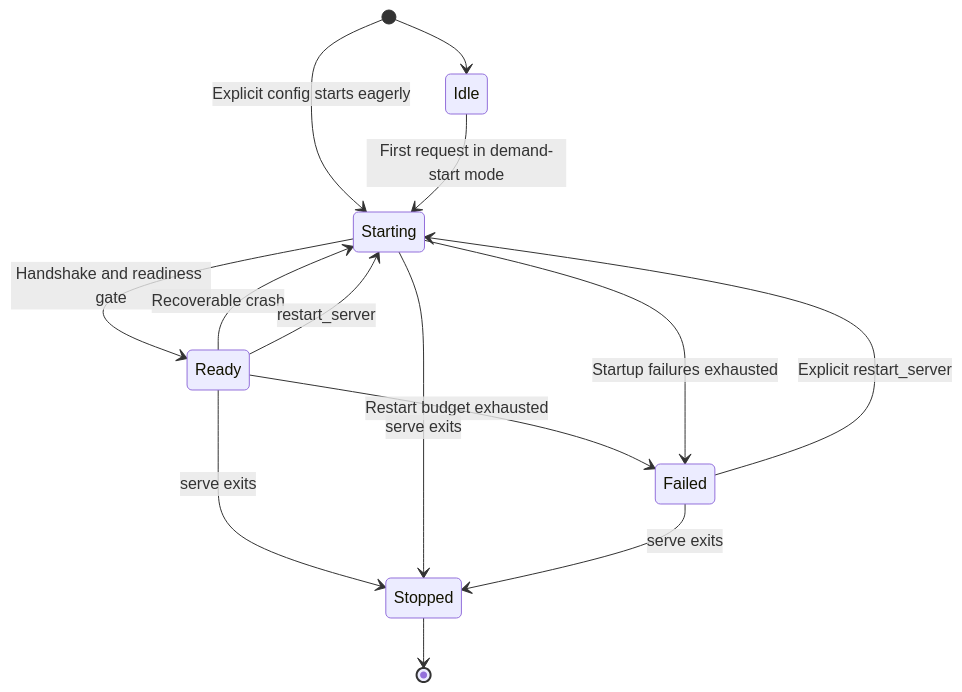
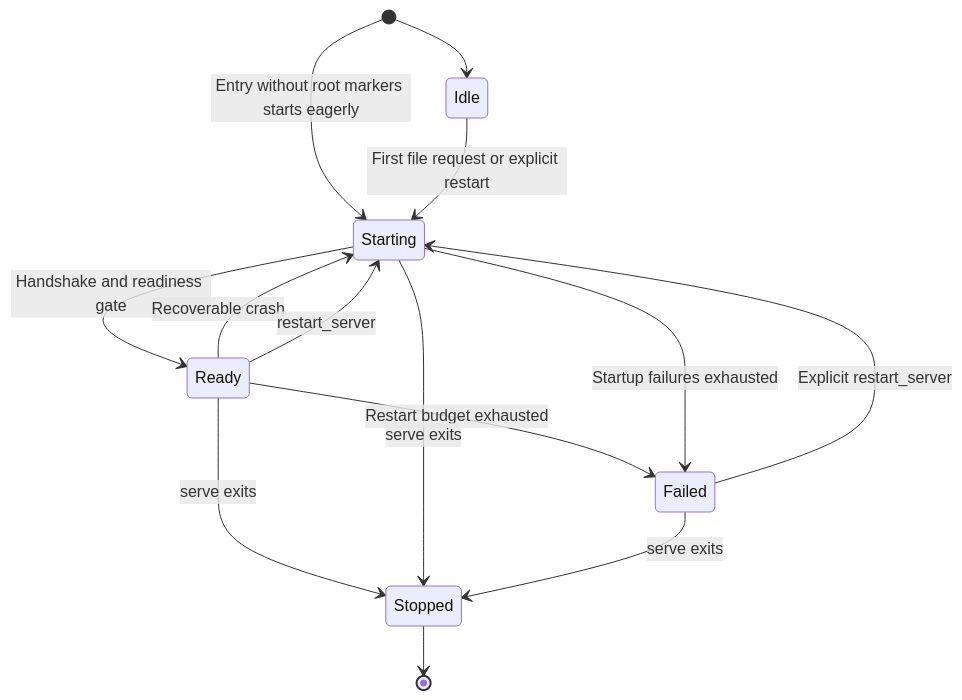
The second of 2 diagrams in docs/ARCHITECTURE.md (gustavofsantos/waythrough), drawn with Mermaid before and after one commit. The commit also changed other lines of this file and 1 other file, not shown here.

Commit message:
docs: explain root marker configuration

````diff
--- a/docs/ARCHITECTURE.md
+++ b/docs/ARCHITECTURE.md
@@ -128,18 +133,18 @@
 ```mermaid
 stateDiagram-v2
   [*] --> Idle
-  [*] --> Starting: Explicit config starts eagerly
+  [*] --> Starting: Entry without root markers starts eagerly
 
-  Idle --> Starting: First request in demand-start mode
+  Idle --> Starting: First file request or explicit restart
   Starting --> Ready: Handshake and readiness gate
   Ready --> Starting: Recoverable crash
   Ready --> Starting: restart_server
   Ready --> Failed: Restart budget exhausted
   Starting --> Failed: Startup failures exhausted
   Failed --> Starting: Explicit restart_server
 
   Ready --> Stopped: serve exits
   Starting --> Stopped: serve exits
   Failed --> Stopped: serve exits
   Stopped --> [*]
 ```
````
